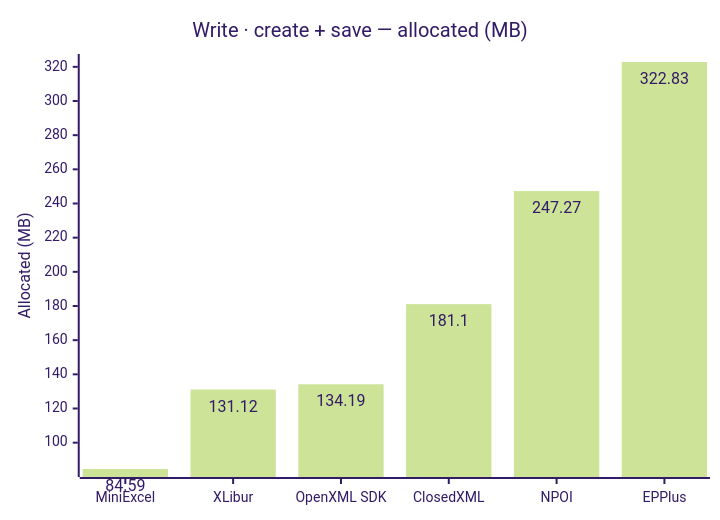
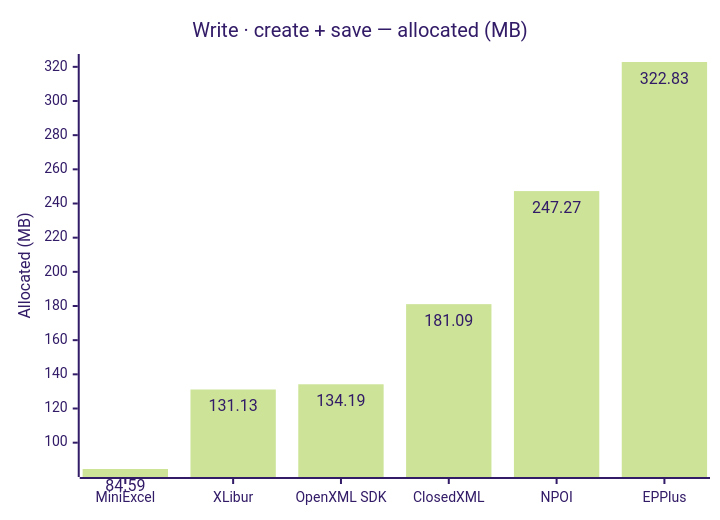
The sixth of 6 diagrams in docs/results.md (jafin/XLBench), drawn with Mermaid (forest theme) before and after one commit. The commit also changed other lines of this file and 4 other files, not shown here.

````diff
--- a/docs/results.md
+++ b/docs/results.md
@@ -99,12 +99,12 @@
 ```mermaid
 ---
 config:
   xyChart:
     showDataLabel: true
 ---
 xychart-beta
     title "Write · create + save — allocated (MB)"
     x-axis ["MiniExcel", "XLibur", "OpenXML SDK", "ClosedXML", "NPOI", "EPPlus"]
     y-axis "Allocated (MB)"
-    bar [84.59, 131.12, 134.19, 181.1, 247.27, 322.83]
+    bar [84.59, 131.13, 134.19, 181.09, 247.27, 322.83]
 ```
````
